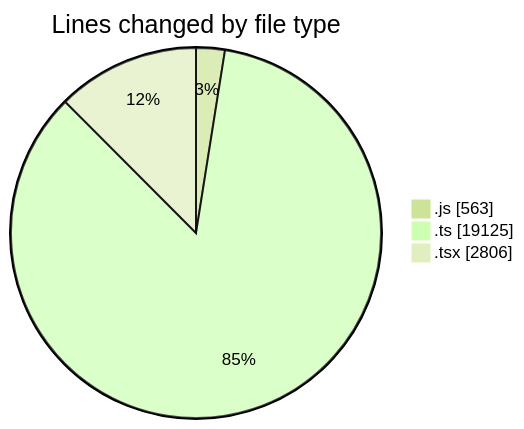
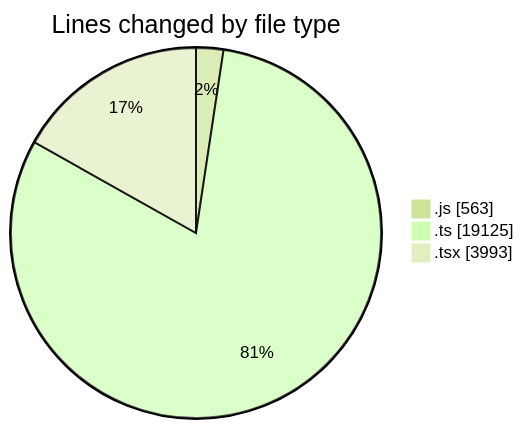
One commit to momahboobian/code-tracking changed the first of 2 diagrams in 2025-11-14/cda/README.md. Above: the diagram before and after it, drawn with Mermaid (forest theme). The commit also changed other lines of this file and 1 other file, not shown here.

````diff
--- a/2025-11-14/cda/README.md
+++ b/2025-11-14/cda/README.md
@@ -41,7 +42,7 @@
 ```mermaid
 pie showData
 title Lines changed by file type
 ".js" : 563
 ".ts" : 19125
-".tsx" : 2806
+".tsx" : 3993
 ```
````
